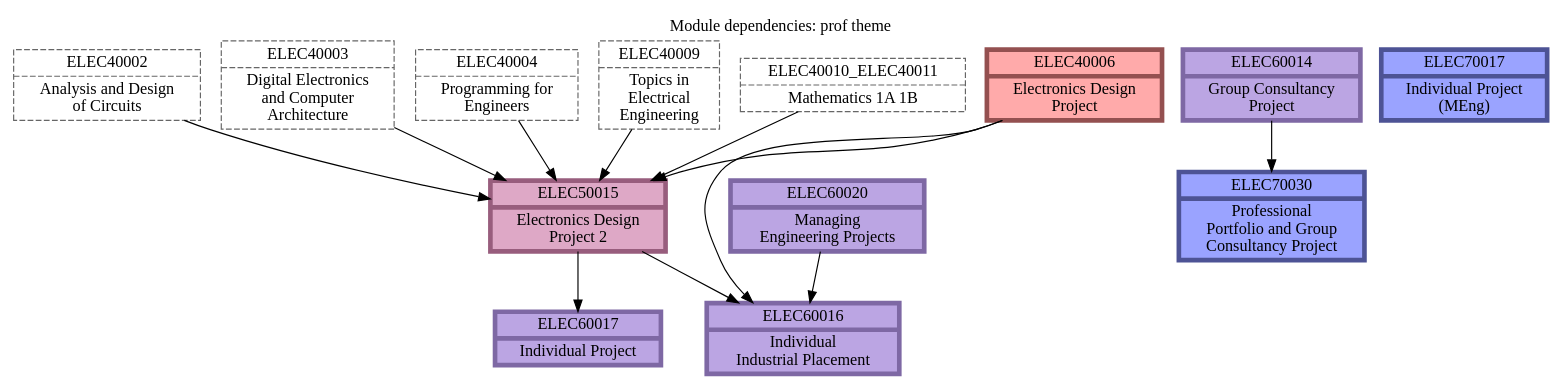
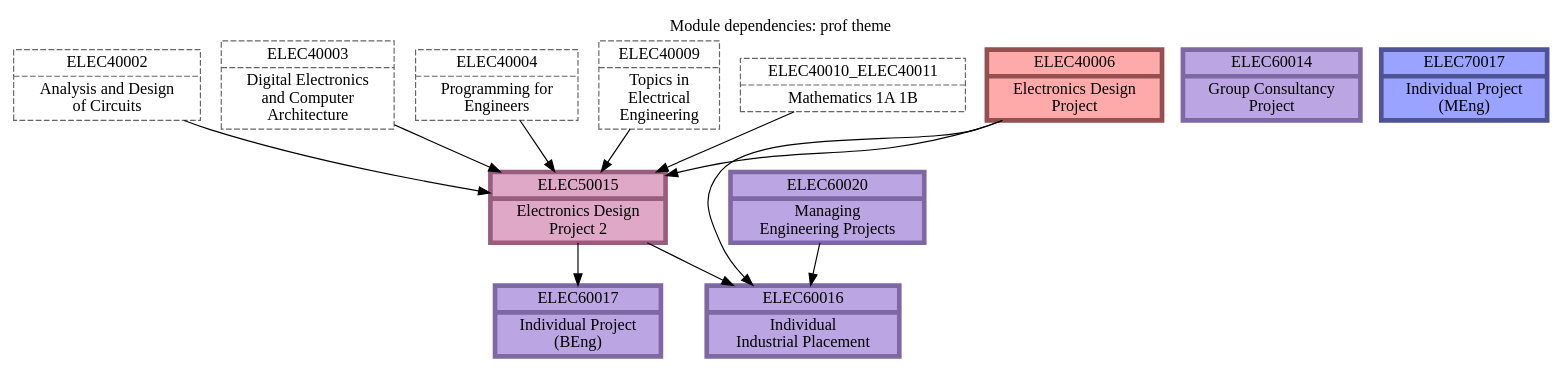
One commit to johnwickerson/ee_modules changed the diagram in modules.dot. Above: the diagram before and after it, drawn with Graphviz. The commit also changed 14 other files, not shown here.

```diff
--- a/modules.dot
+++ b/modules.dot
@@ -1,79 +1,76 @@
 // This is an auto-generated file. Don't edit this file; edit `modules.yml` instead.
 
 digraph G {
   graph[root="root"];
   node[shape="record", style="filled"];
 
   node[color="#945050", fillcolor="#ffaaaa", penwidth=4, style="filled"];
 
   ELEC40006 [label="{ELEC40006 | Electronics Design\nProject}"];
 
 
   node[penwidth=1];
 
 
   node[color="#666666", fillcolor="#dddddd", style="dashed"];
 
   ELEC40002 [label="{ELEC40002 | Analysis and Design\nof Circuits}"];
 
   ELEC40003 [label="{ELEC40003 | Digital Electronics\nand Computer\nArchitecture}"];
 
   ELEC40004 [label="{ELEC40004 | Programming for\nEngineers}"];
 
   ELEC40009 [label="{ELEC40009 | Topics in\nElectrical\nEngineering}"];
 
   ELEC40010_ELEC40011 [label="{ELEC40010_ELEC40011 | Mathematics 1A 1B}"];
 
   node[color="#985d7d", fillcolor="#dea8c6", penwidth=4, style="filled"];
 
   ELEC50015 [label="{ELEC50015 | Electronics Design\nProject 2}"];
   ELEC40002 -> ELEC50015;
   ELEC40003 -> ELEC50015;
   ELEC40004 -> ELEC50015;
   ELEC40006 -> ELEC50015;
   ELEC40009 -> ELEC50015;
   ELEC40010_ELEC40011 -> ELEC50015;
 
 
   node[penwidth=1];
 
 
   node[color="#666666", fillcolor="#dddddd", style="dashed"];
 
   node[color="#7e68a4", fillcolor="#bba5e3", penwidth=4, style="filled"];
 
+  ELEC60014 [label="{ELEC60014 | Group Consultancy\nProject}"];
+
   ELEC60016 [label="{ELEC60016 | Individual\nIndustrial Placement}"];
   ELEC40006 -> ELEC60016 [weight=0];
   ELEC50015 -> ELEC60016;
   ELEC60020 -> ELEC60016;
 
-  ELEC60017 [label="{ELEC60017 | Individual Project}"];
+  ELEC60017 [label="{ELEC60017 | Individual Project\n(BEng)}"];
   ELEC50015 -> ELEC60017;
-
-  ELEC60014 [label="{ELEC60014 | Group Consultancy\nProject}"];
 
 
   node[penwidth=1];
 
 
   node[color="#666666", fillcolor="#dddddd", style="dashed"];
 
   ELEC60020 [label="{ELEC60020 | Managing\nEngineering Projects}"];
 
   node[color="#4d5395", fillcolor="#9aa3ff", penwidth=4, style="filled"];
 
   ELEC70017 [label="{ELEC70017 | Individual Project\n(MEng)}"];
 
-  ELEC70030 [label="{ELEC70030 | Professional\nPortfolio and Group\nConsultancy Project}"];
-  ELEC60014 -> ELEC70030;
-
 
   node[penwidth=1];
 
 
   node[color="#666666", fillcolor="#dddddd", style="dashed"];
 
   // title
   labelloc="t";
   label="Module dependencies: prof theme";
 }
```
